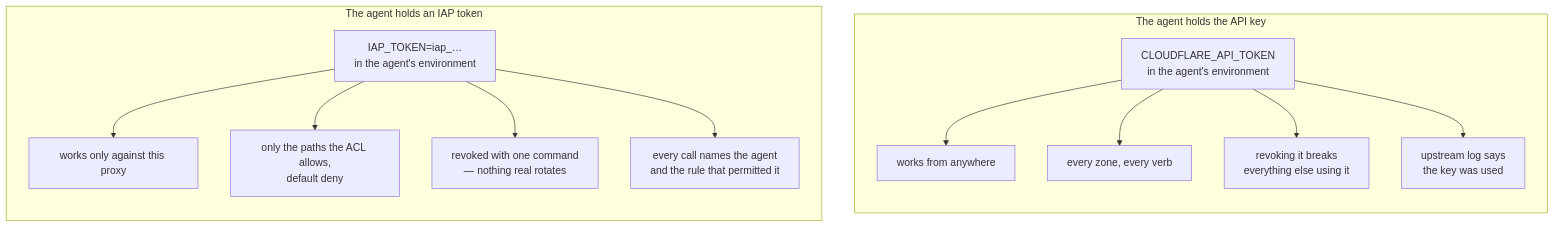
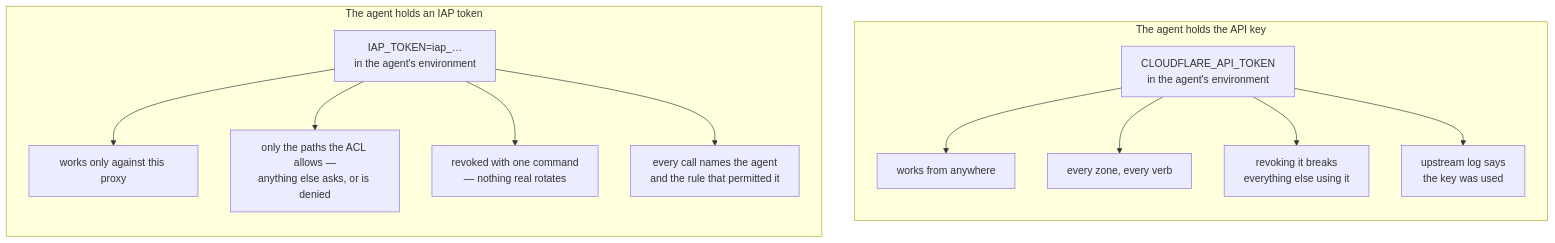
The second of 3 diagrams in README.md (vpetersson/agent-iap), drawn with Mermaid before and after one commit. The commit also changed other lines of this file and 8 other files, not shown here.

````diff
--- a/README.md
+++ b/README.md
@@ -95,20 +95,20 @@
 ```mermaid
 flowchart TB
     subgraph before["The agent holds the API key"]
         direction TB
         K["CLOUDFLARE_API_TOKEN<br/>in the agent's environment"]
         K --> K1["works from anywhere"]
         K --> K2["every zone, every verb"]
         K --> K3["revoking it breaks<br/>everything else using it"]
         K --> K4["upstream log says<br/>the key was used"]
     end
 
     subgraph after["The agent holds an IAP token"]
         direction TB
         T["IAP_TOKEN=iap_…<br/>in the agent's environment"]
         T --> T1["works only against this proxy"]
-        T --> T2["only the paths the ACL allows,<br/>default deny"]
+        T --> T2["only the paths the ACL allows —<br/>anything else asks, or is denied"]
         T --> T3["revoked with one command<br/>— nothing real rotates"]
         T --> T4["every call names the agent<br/>and the rule that permitted it"]
     end
 ```
````
